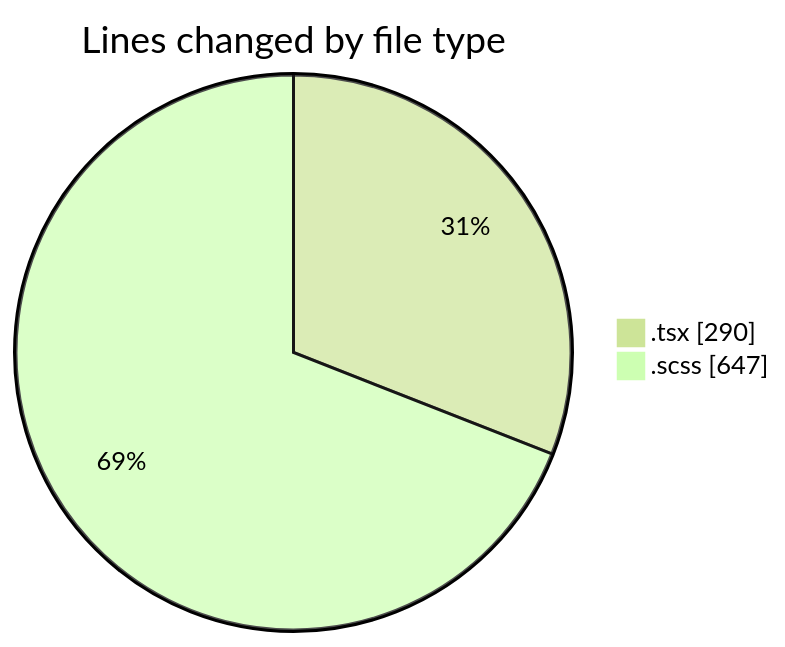
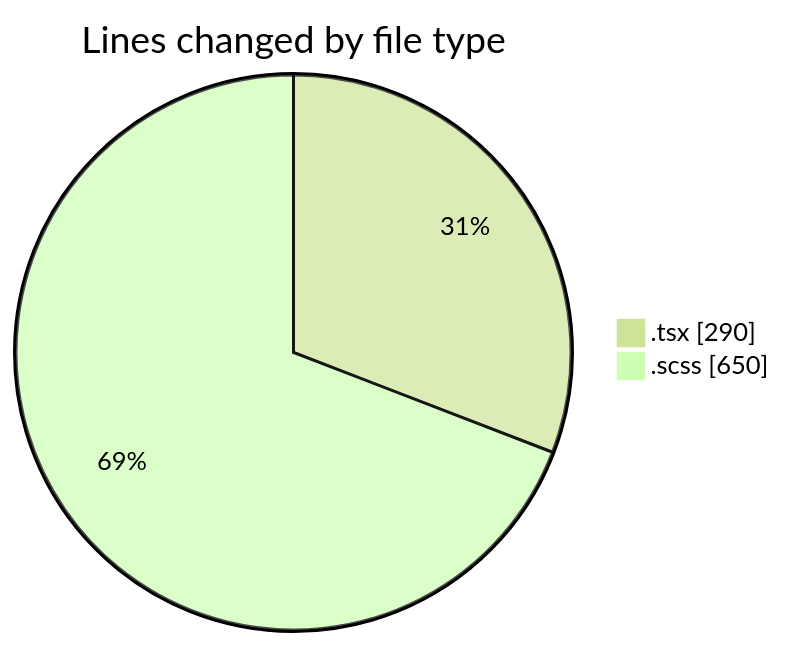
One commit to momahboobian/code-tracking changed the first of 2 diagrams in 2025-09-19/cda/README.md. Above: the diagram before and after it, drawn with Mermaid (forest theme). The commit also changed other lines of this file and 1 other file, not shown here.

````diff
--- a/2025-09-19/cda/README.md
+++ b/2025-09-19/cda/README.md
@@ -21,6 +21,6 @@
 ```mermaid
 pie showData
 title Lines changed by file type
 ".tsx" : 290
-".scss" : 647
+".scss" : 650
 ```
````
